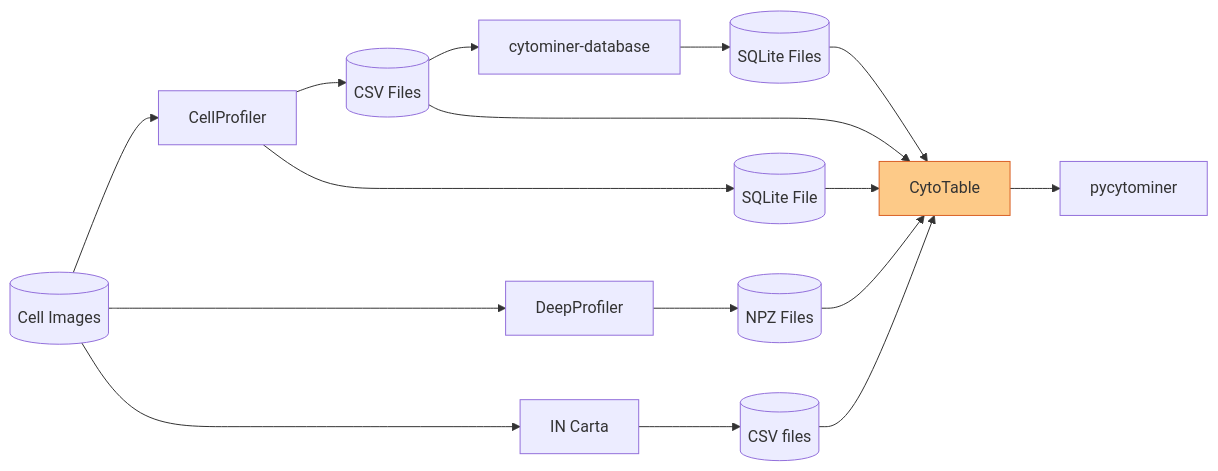
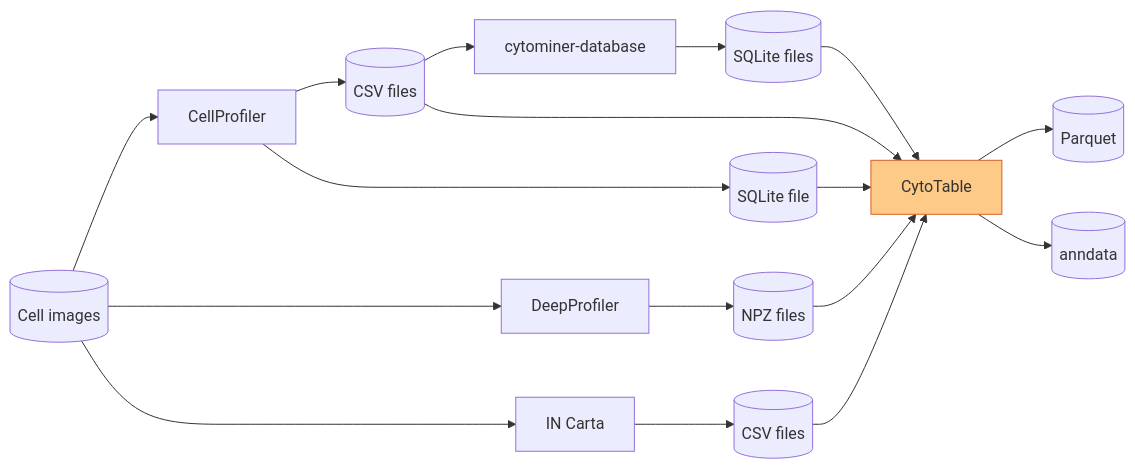
The diagram in docs/source/_static/dataflow.mmd (cytomining/CytoTable), drawn with Mermaid before and after one commit. The commit also changed 1 other file, not shown here.

Commit message:
update docs for data flows

```diff
--- a/docs/source/_static/dataflow.mmd
+++ b/docs/source/_static/dataflow.mmd
@@ -1,32 +1,34 @@
 flowchart LR
 
-    images[(Cell Images)]
+    images[(Cell images)]
     CellProfiler
-    csv[(CSV Files)]
+    csv[(CSV files)]
     DeepProfiler
-    npz[(NPZ Files)]
+    npz[(NPZ files)]
     cytominer-database
-    sqlite[(SQLite Files)]
-    cp_sqlite[(SQLite File)]
+    sqlite[(SQLite files)]
+    cp_sqlite[(SQLite file)]
     in_carta[IN Carta]
     ic_csv[(CSV files)]
-    pycytominer
+    parquet[(Parquet)]
+    anndata[(anndata)]
     CytoTable
 
     images --> CellProfiler
     images --> DeepProfiler
      images --> in_carta
     CellProfiler --> csv
     CellProfiler --> cp_sqlite
     DeepProfiler --> npz
     csv --> cytominer-database
     cytominer-database --> sqlite
     in_carta --> ic_csv
     csv --> CytoTable
     npz --> CytoTable
     sqlite --> CytoTable
     cp_sqlite --> CytoTable
     ic_csv --> CytoTable
-    CytoTable --> pycytominer
+    CytoTable --> parquet
+    CytoTable --> anndata
 
     style CytoTable fill:#FDCA88,stroke:#D96026;
```
